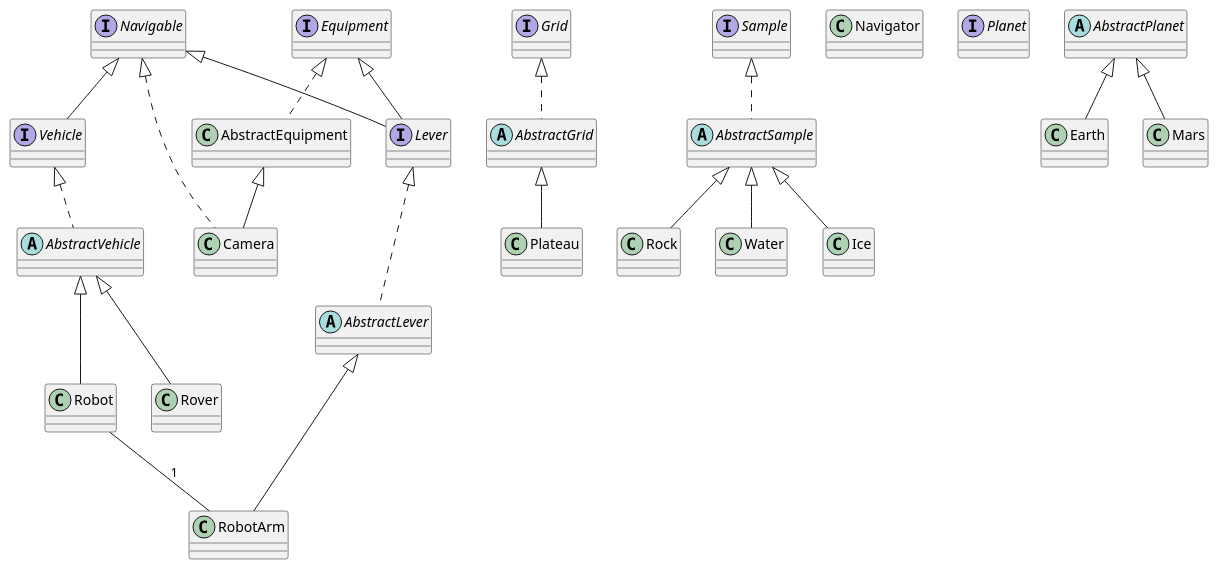
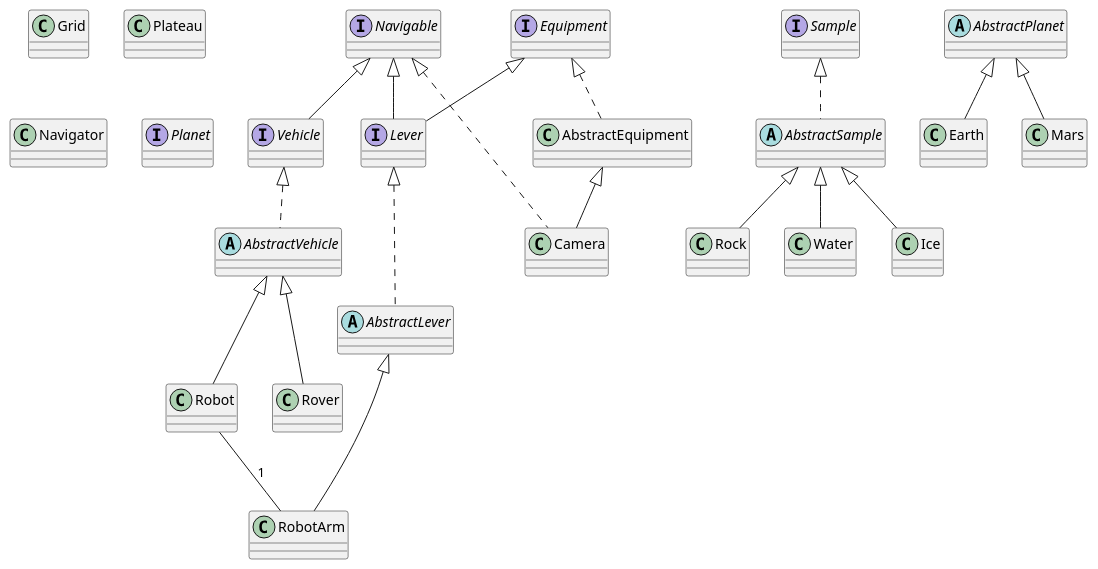
One commit to shurelreynolds/marsrover changed the diagram in MarsRover.puml. Above: the diagram before and after it, drawn with PlantUML. The commit also changed 49 other files, not shown here.

```diff
--- a/MarsRover.puml
+++ b/MarsRover.puml
@@ -1,44 +1,43 @@
 @startuml
 'https://plantuml.com/class-diagram
 abstract class AbstractVehicle implements Vehicle{
 }
 interface Vehicle extends Navigable{
 }
 
 class Robot extends AbstractVehicle{
 }
 interface Lever extends Equipment,Navigable{}
 abstract class AbstractLever implements Lever{}
 class RobotArm extends AbstractLever{}
 class Rover extends AbstractVehicle{}
-interface Grid{}
-abstract class AbstractGrid implements Grid{}
+class Grid{}
 
-class Plateau extends AbstractGrid{}
+class Plateau{}
 interface Equipment{}
 class AbstractEquipment implements Equipment{}
 
 class Camera extends AbstractEquipment implements Navigable{}
 interface Sample{}
 abstract class AbstractSample implements Sample{}
 class Rock extends AbstractSample{
 }
 class Water extends AbstractSample{
 }
 class Ice extends AbstractSample{
 }
 interface Navigable{}
 
 class Navigator{
 }
 
 
 Robot -- RobotArm :1
 
 interface Planet{}
 abstract class AbstractPlanet{}
 
 class Earth extends AbstractPlanet{}
 class Mars extends AbstractPlanet{}
 
 @enduml
```
